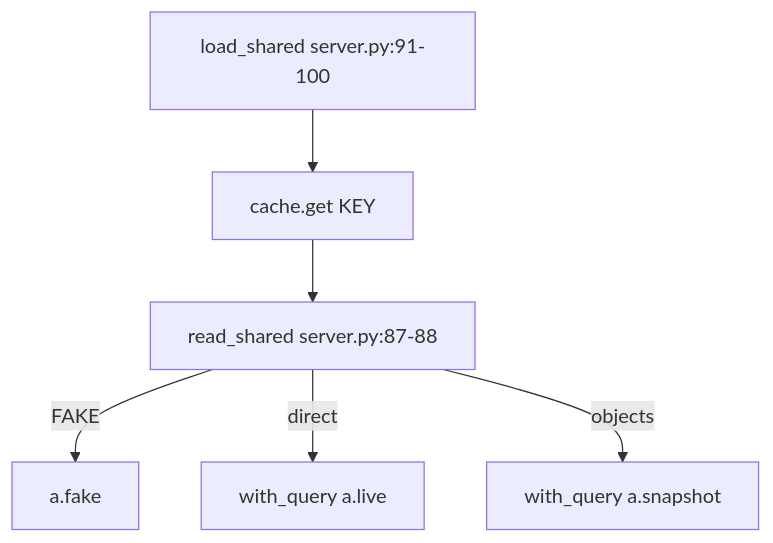
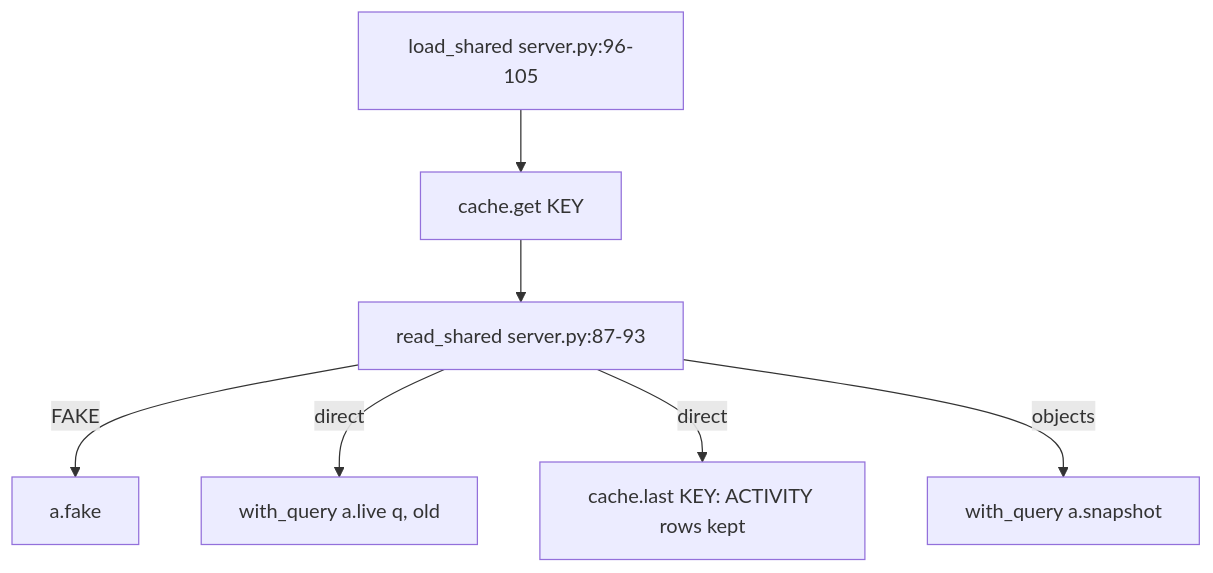
The second of 2 diagrams in snowflake-access-explorer-knowledge-graph/modules/server.md (darshanmeel/snowflake-access-explorer), drawn with Mermaid before and after one commit. The commit also changed other lines of this file and 106 other files, not shown here.

First line of the commit message:
Docs and knowledge graph for Activity; setup verify expects 11 tables

````diff
--- a/snowflake-access-explorer-knowledge-graph/modules/server.md
+++ b/snowflake-access-explorer-knowledge-graph/modules/server.md
@@ -83,8 +86,9 @@
 ```mermaid
 flowchart TD
-  RS[read_shared server.py:87-88] -->|FAKE| FK[a.fake]
-  RS -->|direct| LV[with_query a.live]
+  RS[read_shared server.py:87-93] -->|FAKE| FK[a.fake]
+  RS -->|direct| LV[with_query a.live q, old]
+  RS -->|direct| CL[cache.last KEY: ACTIVITY rows kept]
   RS -->|objects| SN[with_query a.snapshot]
-  LSH[load_shared server.py:91-100] --> CG[cache.get KEY]
+  LSH[load_shared server.py:96-105] --> CG[cache.get KEY]
   CG --> RS
 ```
````
